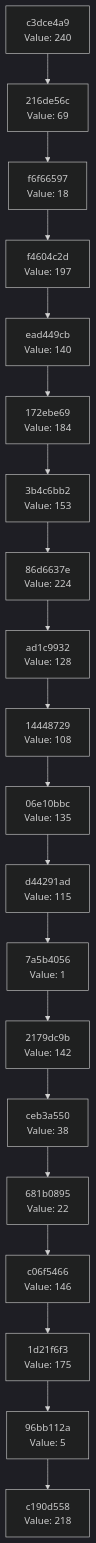
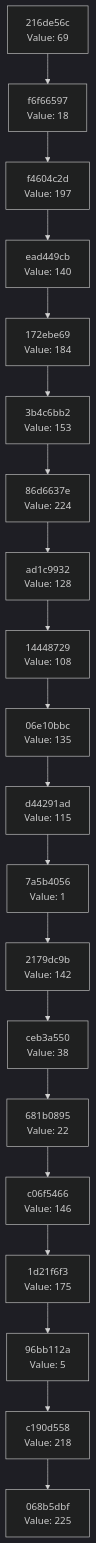
The diagram in docs/CHAIN_VISUALIZATION.md (Abhisheksinha1506/hash-chain-evolver), drawn with Mermaid (dark theme) before and after one commit. The commit also changed 2 other files, not shown here.

Commit message:
Evolution step: hash 0xE1 → action executed

````diff
--- a/docs/CHAIN_VISUALIZATION.md
+++ b/docs/CHAIN_VISUALIZATION.md
@@ -3,42 +3,42 @@
 ```mermaid
 graph TD
-    C0["c190d558<br/>Value: 218"]
-    C1["96bb112a<br/>Value: 5"]
+    C0["068b5dbf<br/>Value: 225"]
+    C1["c190d558<br/>Value: 218"]
     C1 --> C0
-    C2["1d21f6f3<br/>Value: 175"]
+    C2["96bb112a<br/>Value: 5"]
     C2 --> C1
-    C3["c06f5466<br/>Value: 146"]
+    C3["1d21f6f3<br/>Value: 175"]
     C3 --> C2
-    C4["681b0895<br/>Value: 22"]
+    C4["c06f5466<br/>Value: 146"]
     C4 --> C3
-    C5["ceb3a550<br/>Value: 38"]
+    C5["681b0895<br/>Value: 22"]
     C5 --> C4
-    C6["2179dc9b<br/>Value: 142"]
+    C6["ceb3a550<br/>Value: 38"]
     C6 --> C5
-    C7["7a5b4056<br/>Value: 1"]
+    C7["2179dc9b<br/>Value: 142"]
     C7 --> C6
-    C8["d44291ad<br/>Value: 115"]
+    C8["7a5b4056<br/>Value: 1"]
     C8 --> C7
-    C9["06e10bbc<br/>Value: 135"]
+    C9["d44291ad<br/>Value: 115"]
     C9 --> C8
-    C10["14448729<br/>Value: 108"]
+    C10["06e10bbc<br/>Value: 135"]
     C10 --> C9
-    C11["ad1c9932<br/>Value: 128"]
+    C11["14448729<br/>Value: 108"]
     C11 --> C10
-    C12["86d6637e<br/>Value: 224"]
+    C12["ad1c9932<br/>Value: 128"]
     C12 --> C11
-    C13["3b4c6bb2<br/>Value: 153"]
+    C13["86d6637e<br/>Value: 224"]
     C13 --> C12
-    C14["172ebe69<br/>Value: 184"]
+    C14["3b4c6bb2<br/>Value: 153"]
     C14 --> C13
-    C15["ead449cb<br/>Value: 140"]
+    C15["172ebe69<br/>Value: 184"]
     C15 --> C14
-    C16["f4604c2d<br/>Value: 197"]
+    C16["ead449cb<br/>Value: 140"]
     C16 --> C15
-    C17["f6f66597<br/>Value: 18"]
+    C17["f4604c2d<br/>Value: 197"]
     C17 --> C16
-    C18["216de56c<br/>Value: 69"]
+    C18["f6f66597<br/>Value: 18"]
     C18 --> C17
-    C19["c3dce4a9<br/>Value: 240"]
+    C19["216de56c<br/>Value: 69"]
     C19 --> C18
 ```
````
